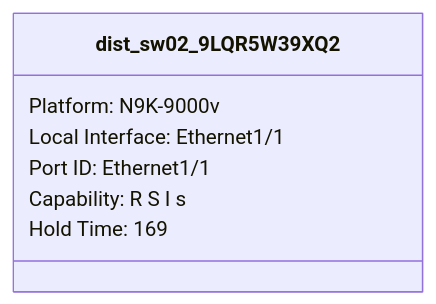
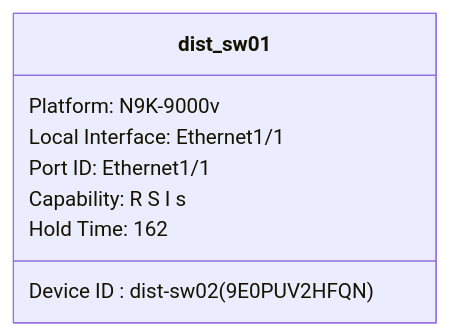
The second of 3 diagrams in Examples/NXOS/dist-sw01 show cdp neighbors class.md (automateyournetwork/pyYAHTS), drawn with Mermaid before and after one commit. The commit also changed other lines of this file and 36 other files, not shown here.

````diff
--- a/Examples/NXOS/dist-sw01 show cdp neighbors class.md
+++ b/Examples/NXOS/dist-sw01 show cdp neighbors class.md
@@ -33,10 +13,11 @@
 ```mermaid
 classDiagram
-class dist_sw02_9LQR5W39XQ2{
+class dist_sw01 {
+Device ID : dist-sw02(9E0PUV2HFQN)
 Platform: N9K-9000v
 Local Interface: Ethernet1/1
 Port ID: Ethernet1/1
 Capability: R S I s
-Hold Time: 169
+Hold Time: 162
 }
 ```
````
